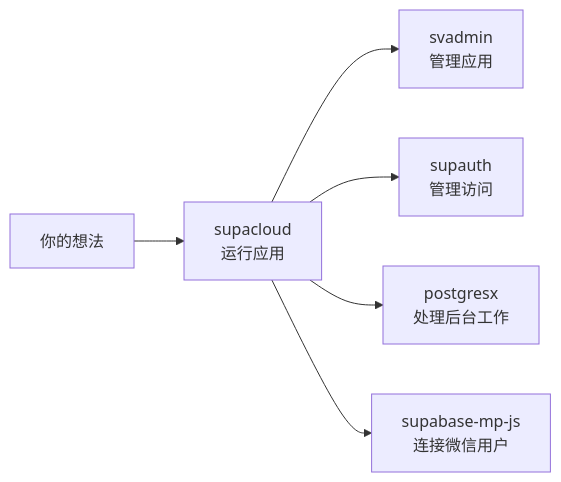
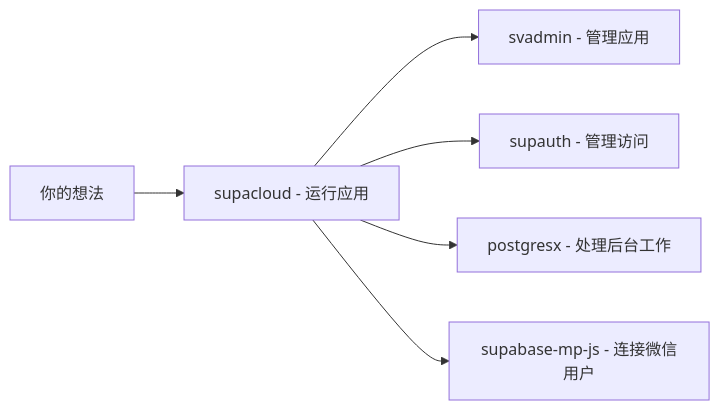
Before and after one commit to vibeunion/.github: the second of 2 diagrams in README.md, drawn with Mermaid. The commit also changed other lines of this file and 1 other file, not shown here.

Commit message:
Fix Mermaid compatibility in README diagrams

````diff
--- a/README.md
+++ b/README.md
@@ -97,8 +97,8 @@
 ```mermaid
-flowchart LR
-    A[你的想法] --> B[supacloud<br/>运行应用]
-    B --> C[svadmin<br/>管理应用]
-    B --> D[supauth<br/>管理访问]
-    B --> E[postgresx<br/>处理后台工作]
-    B --> F[supabase-mp-js<br/>连接微信用户]
+graph LR
+    A["你的想法"] --> B["supacloud - 运行应用"]
+    B --> C["svadmin - 管理应用"]
+    B --> D["supauth - 管理访问"]
+    B --> E["postgresx - 处理后台工作"]
+    B --> F["supabase-mp-js - 连接微信用户"]
 ```
````
